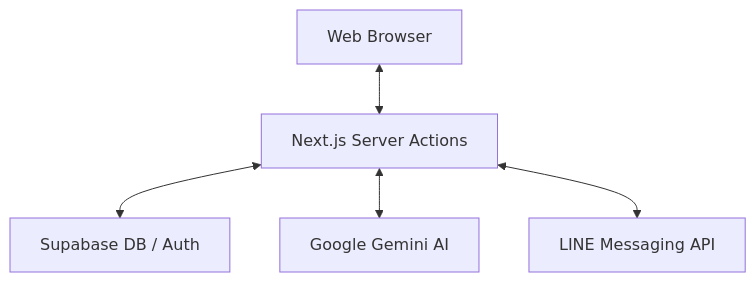
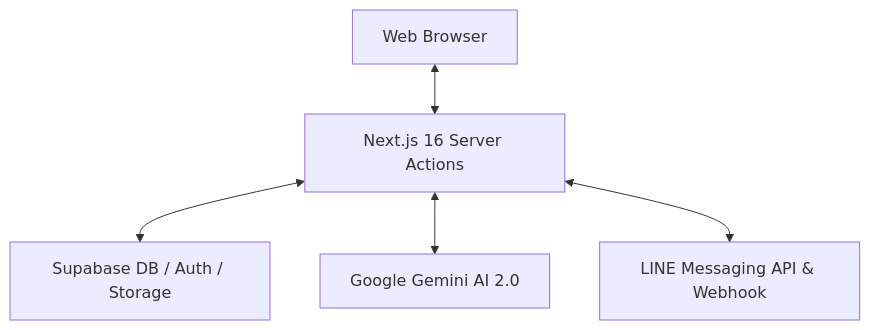
Before and after one commit to CazadorHT/realestate-crm: the diagram in docs/02_Technical_Manual.md, drawn with Mermaid. The commit also changed other lines of this file and 6 other files, not shown here.

````diff
--- a/docs/02_Technical_Manual.md
+++ b/docs/02_Technical_Manual.md
@@ -38,7 +40,7 @@
 ```mermaid
 graph TD
-    Client[Web Browser] <--> NextJS[Next.js Server Actions]
-    NextJS <--> Supabase[Supabase DB / Auth]
-    NextJS <--> Gemini[Google Gemini AI]
-    NextJS <--> LINE[LINE Messaging API]
+    Client[Web Browser] <--> NextJS[Next.js 16 Server Actions]
+    NextJS <--> Supabase[Supabase DB / Auth / Storage]
+    NextJS <--> Gemini[Google Gemini AI 2.0]
+    NextJS <--> LINE[LINE Messaging API & Webhook]
 ```
````
